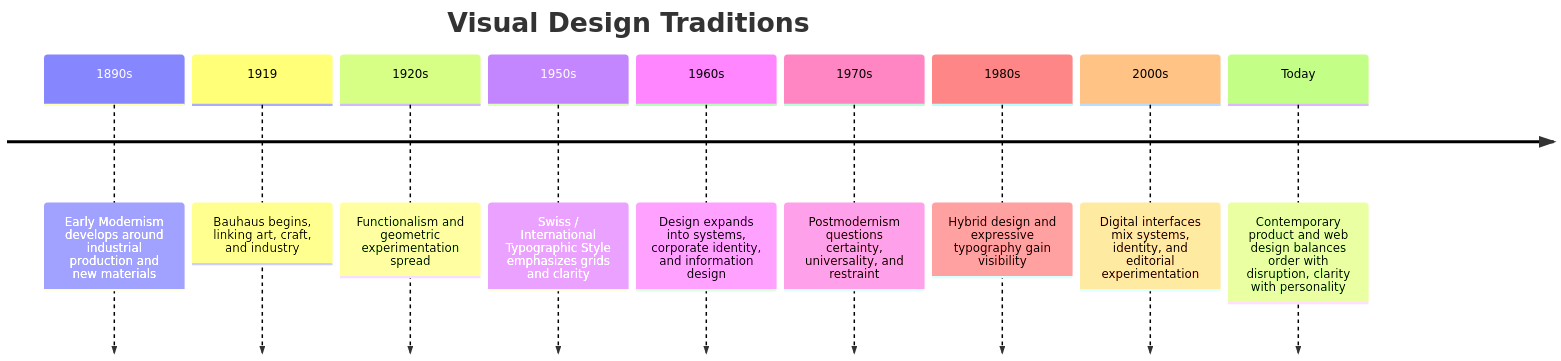
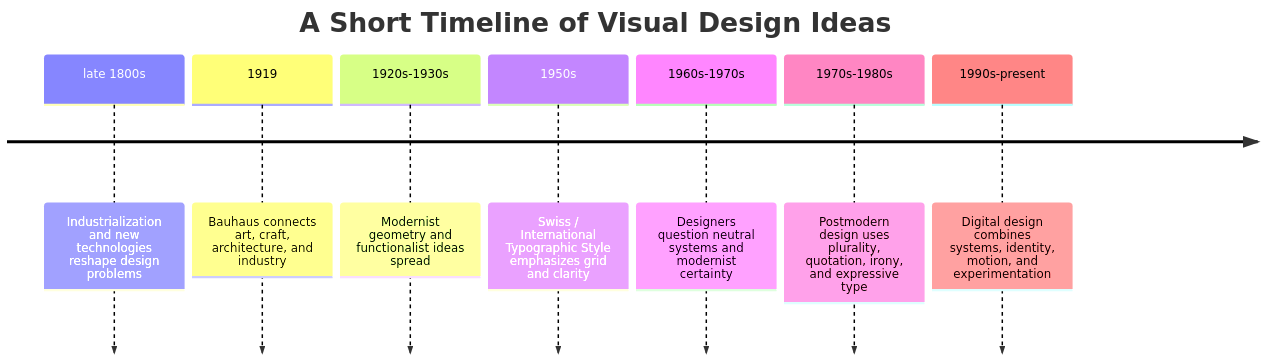
Before and after one commit to davidjimen2008-spec/is117_test_1: the diagram in book/03-design-language.md, drawn with Mermaid. The commit also changed other lines of this file, not shown here.

````diff
--- a/book/03-design-language.md
+++ b/book/03-design-language.md
@@ -139,13 +111,11 @@
 ```mermaid
 timeline
-    title Visual Design Traditions
-    1890s : Early Modernism develops around industrial production and new materials
-    1919 : Bauhaus begins, linking art, craft, and industry
-    1920s : Functionalism and geometric experimentation spread
-    1950s : Swiss / International Typographic Style emphasizes grids and clarity
-    1960s : Design expands into systems, corporate identity, and information design
-    1970s : Postmodernism questions certainty, universality, and restraint
-    1980s : Hybrid design and expressive typography gain visibility
-    2000s : Digital interfaces mix systems, identity, and editorial experimentation
-    Today : Contemporary product and web design balances order with disruption, clarity with personality
+    title A Short Timeline of Visual Design Ideas
+    late 1800s : Industrialization and new technologies reshape design problems
+    1919 : Bauhaus connects art, craft, architecture, and industry
+    1920s-1930s : Modernist geometry and functionalist ideas spread
+    1950s : Swiss / International Typographic Style emphasizes grid and clarity
+    1960s-1970s : Designers question neutral systems and modernist certainty
+    1970s-1980s : Postmodern design uses plurality, quotation, irony, and expressive type
+    1990s-present : Digital design combines systems, identity, motion, and experimentation
 ```
````
